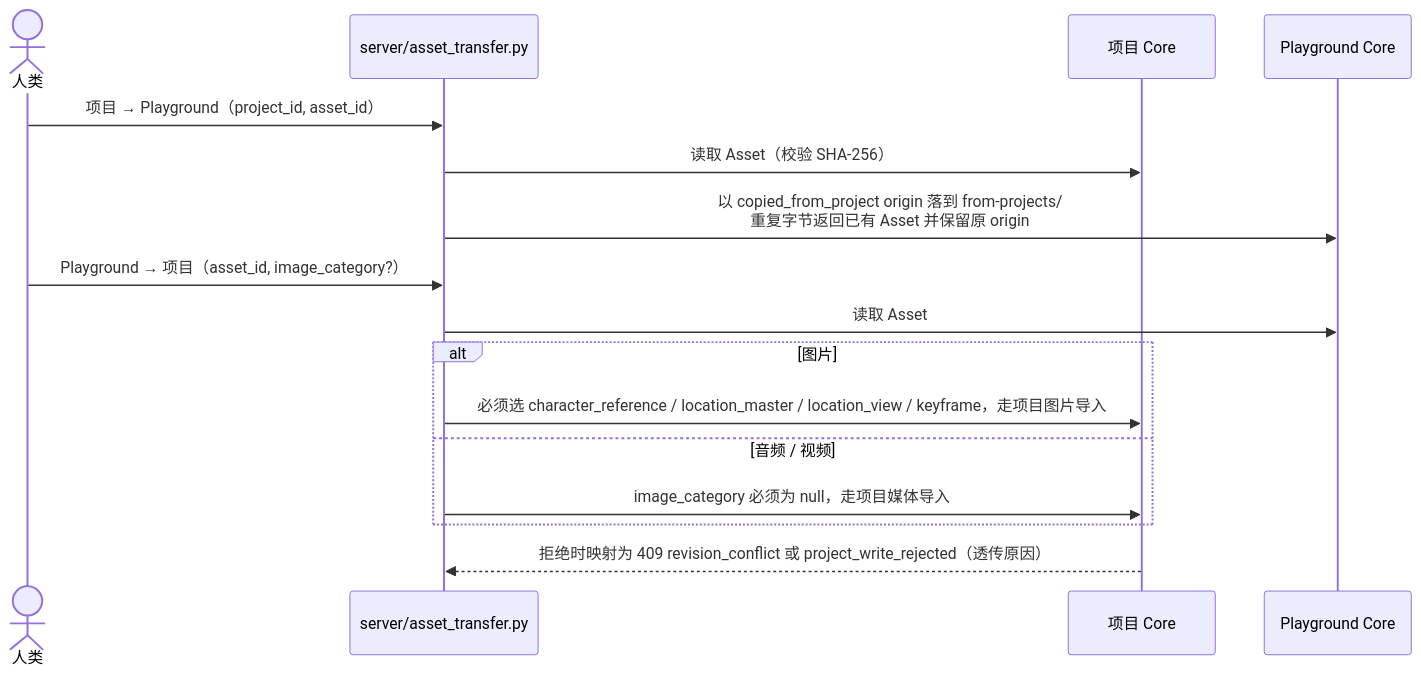
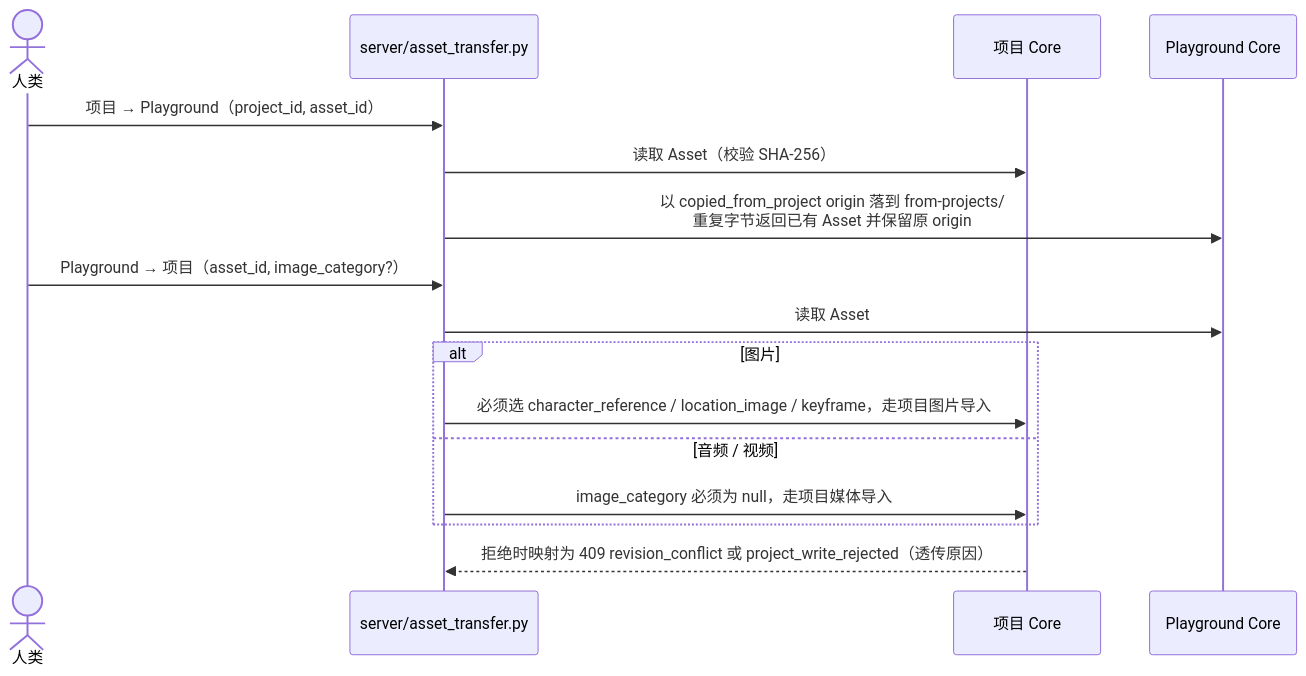
Before and after one commit to LJXLJXLJX/StoryRail: the fourth of 4 diagrams in docs/playground.md, drawn with Mermaid. The commit also changed 173 other files, not shown here.

Commit message:
refactor: decouple location image library

````diff
--- a/docs/playground.md
+++ b/docs/playground.md
@@ -173,18 +173,18 @@
 ```mermaid
 sequenceDiagram
     actor H as 人类
     participant T as server/asset_transfer.py
     participant PJ as 项目 Core
     participant PG as Playground Core
     H->>T: 项目 → Playground（project_id, asset_id）
     T->>PJ: 读取 Asset（校验 SHA-256）
     T->>PG: 以 copied_from_project origin 落到 from-projects/<br/>重复字节返回已有 Asset 并保留原 origin
     H->>T: Playground → 项目（asset_id, image_category?）
     T->>PG: 读取 Asset
     alt 图片
-        T->>PJ: 必须选 character_reference / location_master / location_view / keyframe，走项目图片导入
+        T->>PJ: 必须选 character_reference / location_image / keyframe，走项目图片导入
     else 音频 / 视频
         T->>PJ: image_category 必须为 null，走项目媒体导入
     end
     PJ-->>T: 拒绝时映射为 409 revision_conflict 或 project_write_rejected（透传原因）
 ```
````
